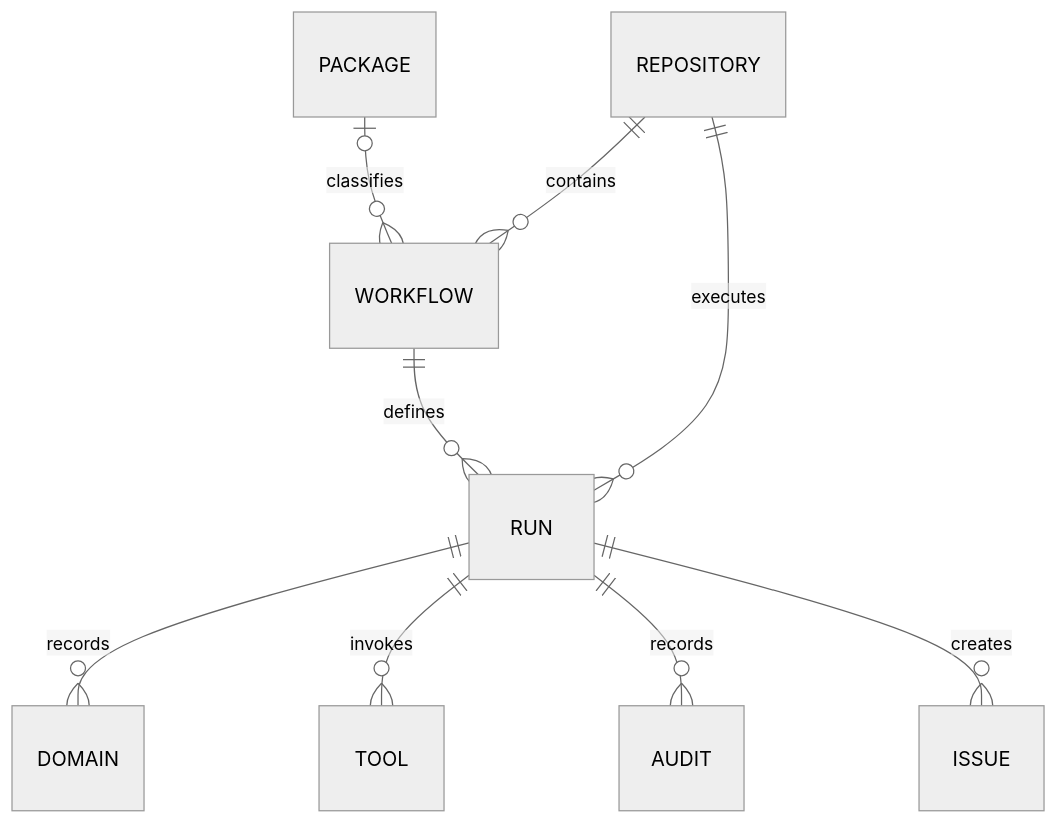
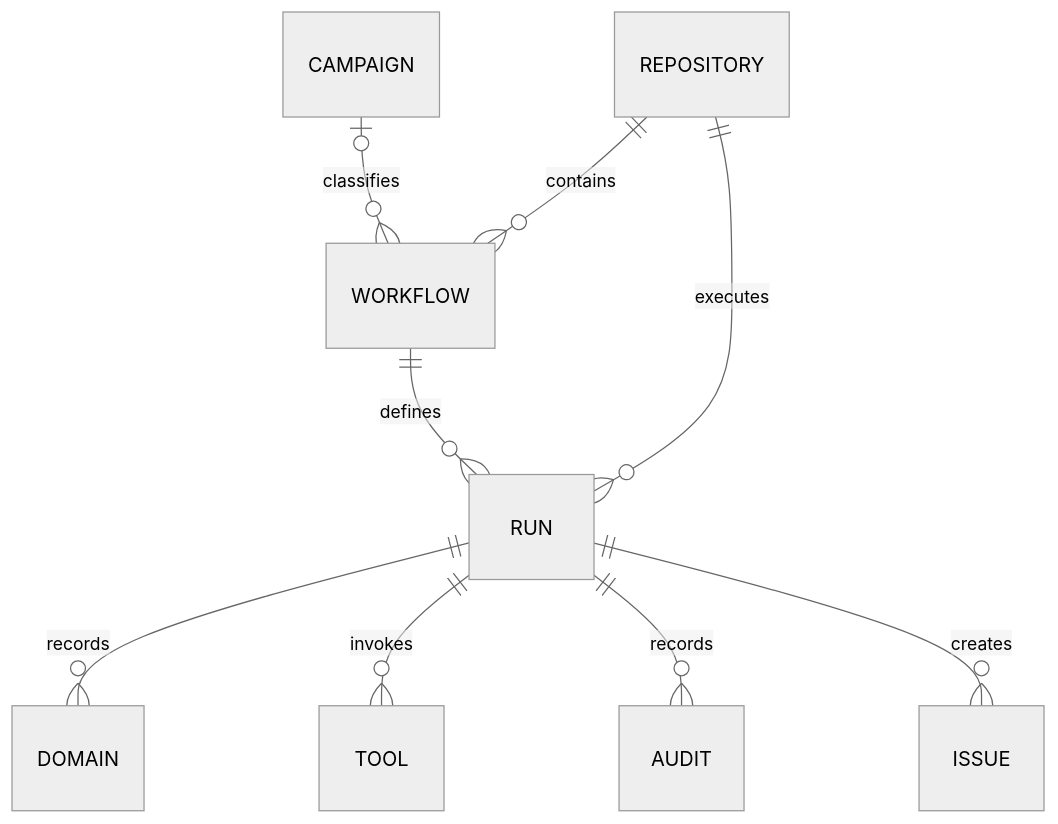
One commit to elefthei/gh-aw-cao changed the diagram in docs/dashboard-data-model.md. Above: the diagram before and after it, drawn with Mermaid (neutral theme). The commit also changed other lines of this file and 420 other files, not shown here.

````diff
--- a/docs/dashboard-data-model.md
+++ b/docs/dashboard-data-model.md
@@ -16,11 +16,11 @@
 ```mermaid
 erDiagram
-  PACKAGE o|--o{ WORKFLOW : classifies
+  CAMPAIGN o|--o{ WORKFLOW : classifies
   REPOSITORY ||--o{ WORKFLOW : contains
   REPOSITORY ||--o{ RUN : executes
   WORKFLOW ||--o{ RUN : defines
   RUN ||--o{ DOMAIN : records
   RUN ||--o{ TOOL : invokes
   RUN ||--o{ AUDIT : records
   RUN ||--o{ ISSUE : creates
 ```
````
